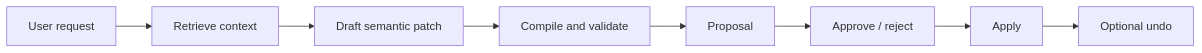
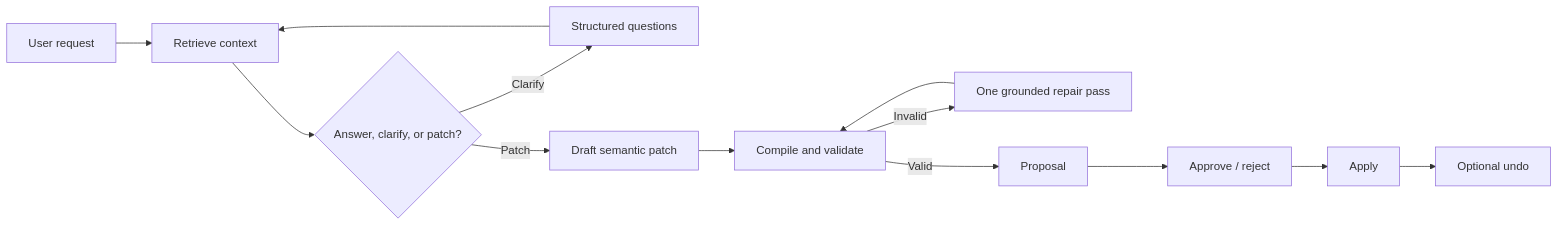
The diagram in docs/public-docs/docs/guides/ai-assistant.md (mehdieidi/modriss), drawn with Mermaid before and after one commit. The commit also changed other lines of this file and 40 other files, not shown here.

````diff
--- a/docs/public-docs/docs/guides/ai-assistant.md
+++ b/docs/public-docs/docs/guides/ai-assistant.md
@@ -33,10 +31,15 @@
 ```mermaid
 flowchart LR
     U["User request"] --> R["Retrieve context"]
-    R --> D["Draft semantic patch"]
+    R --> I{"Answer, clarify, or patch?"}
+    I -->|Clarify| Q["Structured questions"]
+    Q --> R
+    I -->|Patch| D["Draft semantic patch"]
     D --> V["Compile and validate"]
-    V --> P["Proposal"]
+    V -->|Invalid| X["One grounded repair pass"]
+    X --> V
+    V -->|Valid| P["Proposal"]
     P --> A["Approve / reject"]
     A --> AP["Apply"]
     AP --> UN["Optional undo"]
 ```
````
